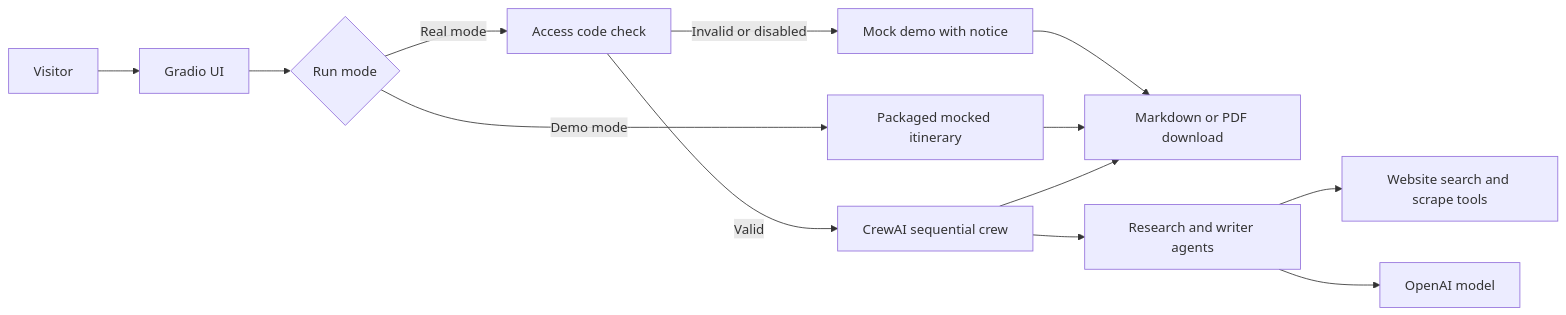
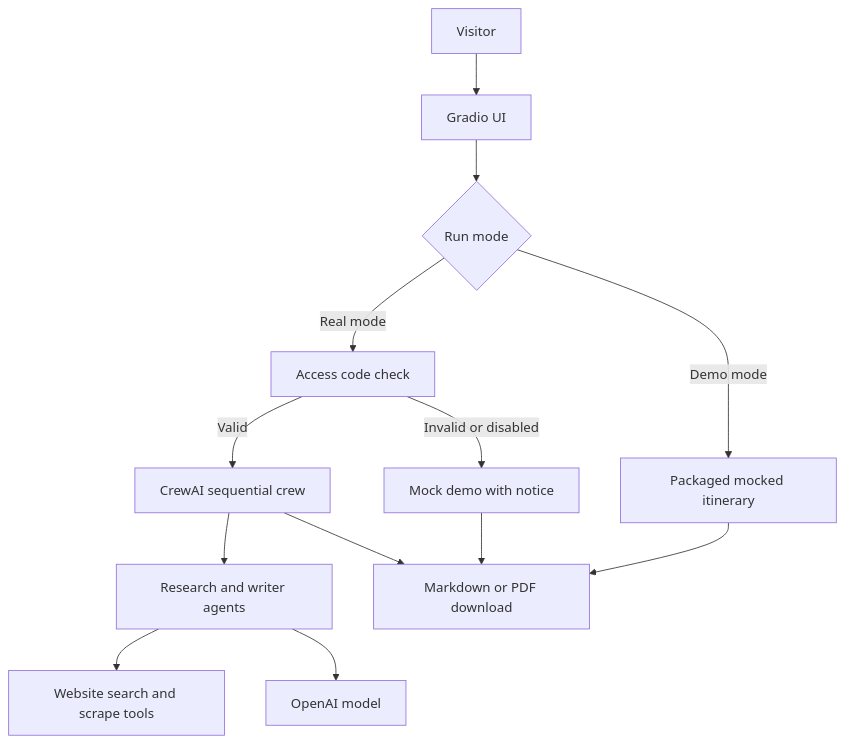
Before and after one commit to bkane56/national_park_crew: the diagram in README.md, drawn with Mermaid. The commit also changed 2 other files, not shown here.

Commit message:
Fix GitHub README diagram rendering and normalize Node24 workflow flag.
Update the Mermaid architecture diagram to a GitHub-safe syntax so it renders reliably, and add FORCE_JAVASCRIPT_ACTIONS_TO_NODE24 to CI and keep-alive workflows to suppress Node 20 deprecation warnings across all actions runs.

````diff
--- a/README.md
+++ b/README.md
@@ -28,15 +28,15 @@
 ```mermaid
-flowchart LR
-  user[Visitor] --> ui[Gradio UI]
-  ui --> mode{Run mode}
-  mode -->|Demo mode| mock[Packaged mocked itinerary]
-  mode -->|Real mode| gate[Access code check]
-  gate -->|Invalid or disabled| fallback[Mock demo with notice]
-  fallback --> export
-  gate -->|Valid| crew[CrewAI sequential crew]
-  crew --> agents[Research and writer agents]
-  agents --> tools[Website search and scrape tools]
-  agents --> llm[OpenAI model]
-  mock --> export[Markdown or PDF download]
-  crew --> export
+flowchart TD
+  user["Visitor"] --> ui["Gradio UI"]
+  ui --> mode{"Run mode"}
+  mode -->|"Demo mode"| mock["Packaged mocked itinerary"]
+  mode -->|"Real mode"| gate["Access code check"]
+  gate -->|"Invalid or disabled"| fallback["Mock demo with notice"]
+  gate -->|"Valid"| crew["CrewAI sequential crew"]
+  crew --> agents["Research and writer agents"]
+  agents --> tools["Website search and scrape tools"]
+  agents --> llm["OpenAI model"]
+  mock --> exportNode["Markdown or PDF download"]
+  fallback --> exportNode
+  crew --> exportNode
 ```
````
